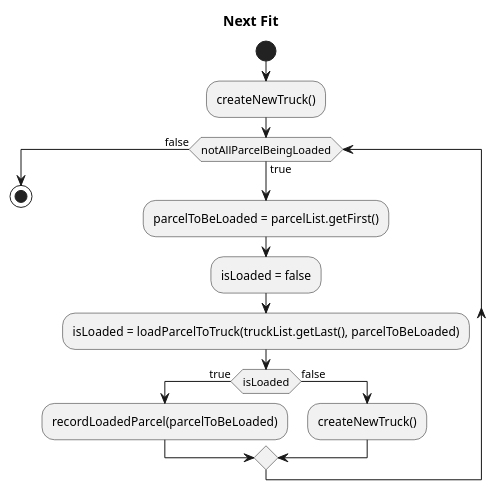
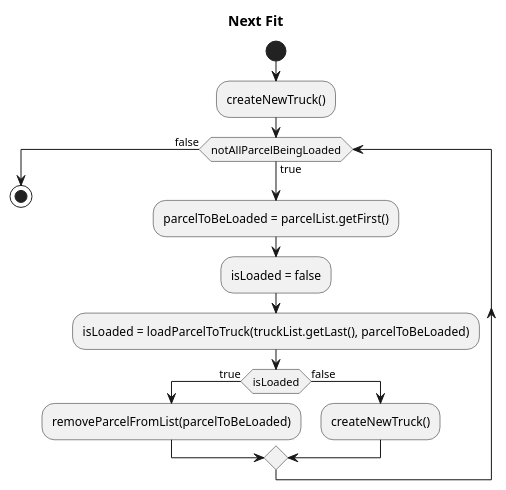
One commit to kai2128/DSA_assignment changed the first of 2 diagrams in flowchart.puml. Above: the diagram before and after it, drawn with PlantUML. The commit also changed other lines of this file and 6 other files, not shown here.

Commit message:
- adjusted algorithm flow - added calculation for optimal solutions - adjusted parcel string output

```diff
--- a/flowchart.puml
+++ b/flowchart.puml
@@ -1,18 +1,19 @@
 @startuml
 skinparam shadowing false
+skinparam monochrome true
 title Next Fit
 start
 :createNewTruck();
 while (notAllParcelBeingLoaded) is (true)
     :parcelToBeLoaded = parcelList.getFirst();
     :isLoaded = false;
     :isLoaded = loadParcelToTruck(truckList.getLast(), parcelToBeLoaded);
 
     if (isLoaded) then (true)
-        :recordLoadedParcel(parcelToBeLoaded);
+        :removeParcelFromList(parcelToBeLoaded);
     else (false)
         :createNewTruck();
     endif
 endwhile (false)
 stop
 @enduml
```
